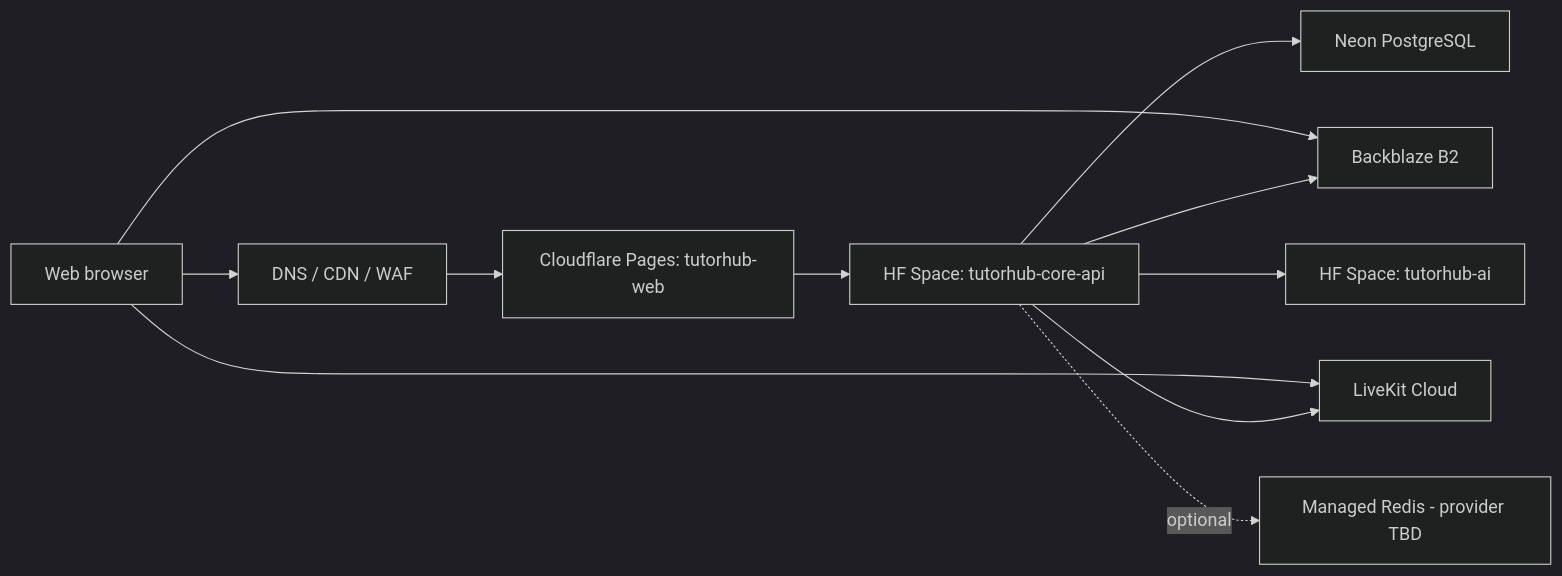
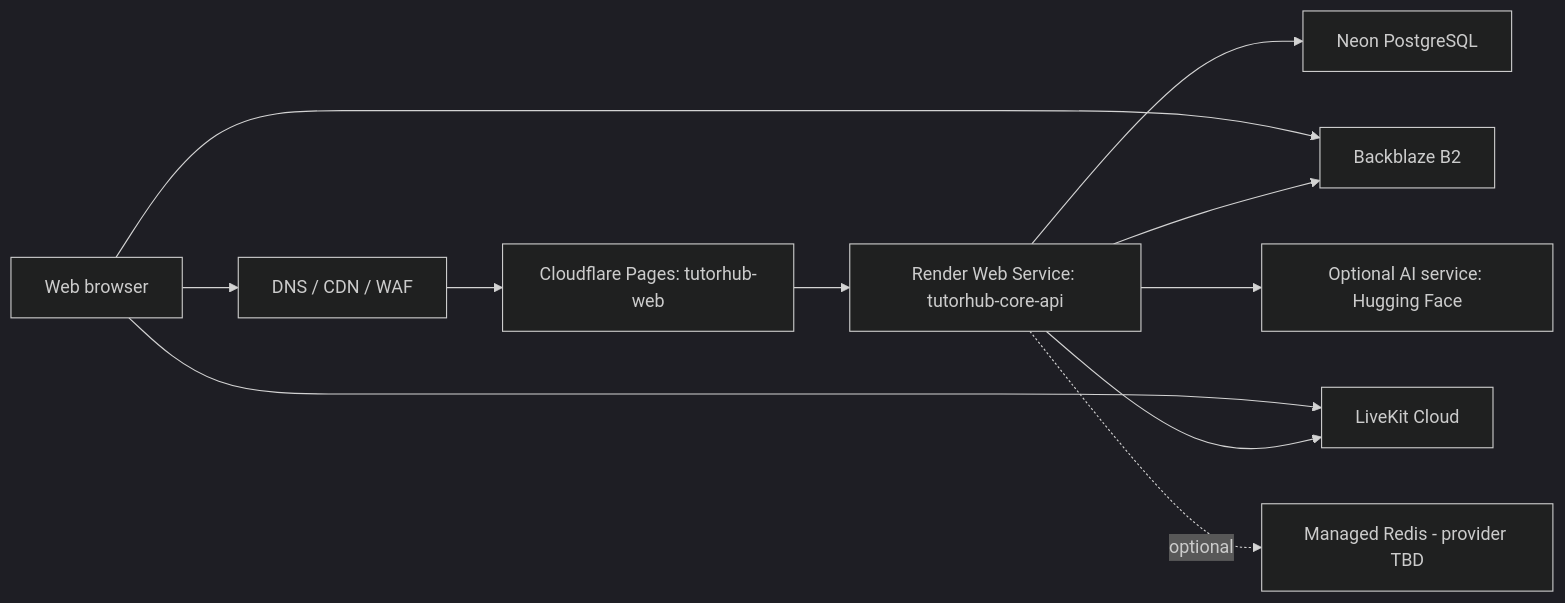
The diagram in docs/DEPLOYMENT_BASELINE.md (basangnguyen/TUTORHUB_WEB), drawn with Mermaid (dark theme) before and after one commit. The commit also changed other lines of this file and 12 other files, not shown here.

````diff
--- a/docs/DEPLOYMENT_BASELINE.md
+++ b/docs/DEPLOYMENT_BASELINE.md
@@ -5,13 +5,13 @@
 ```mermaid
 flowchart LR
     USER["Web browser"] --> EDGE["DNS / CDN / WAF"]
     EDGE --> WEB["Cloudflare Pages: tutorhub-web"]
-    WEB --> API["HF Space: tutorhub-core-api"]
+    WEB --> API["Render Web Service: tutorhub-core-api"]
     API --> NEON["Neon PostgreSQL"]
     API --> B2["Backblaze B2"]
     USER --> B2
     API --> LK["LiveKit Cloud"]
     USER --> LK
-    API --> AI["HF Space: tutorhub-ai"]
+    API --> AI["Optional AI service: Hugging Face"]
     API -. optional .-> REDIS["Managed Redis - provider TBD"]
 ```
````
